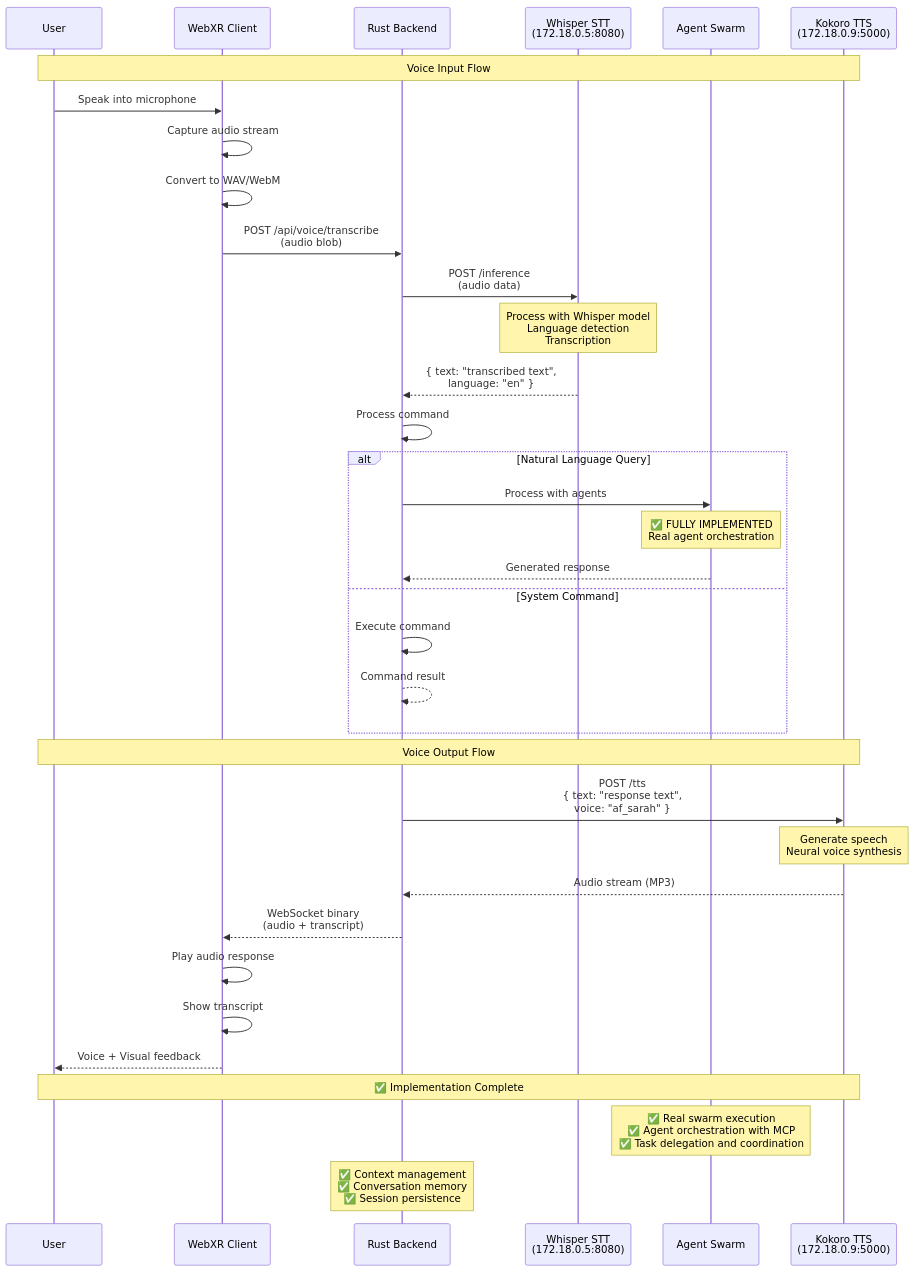
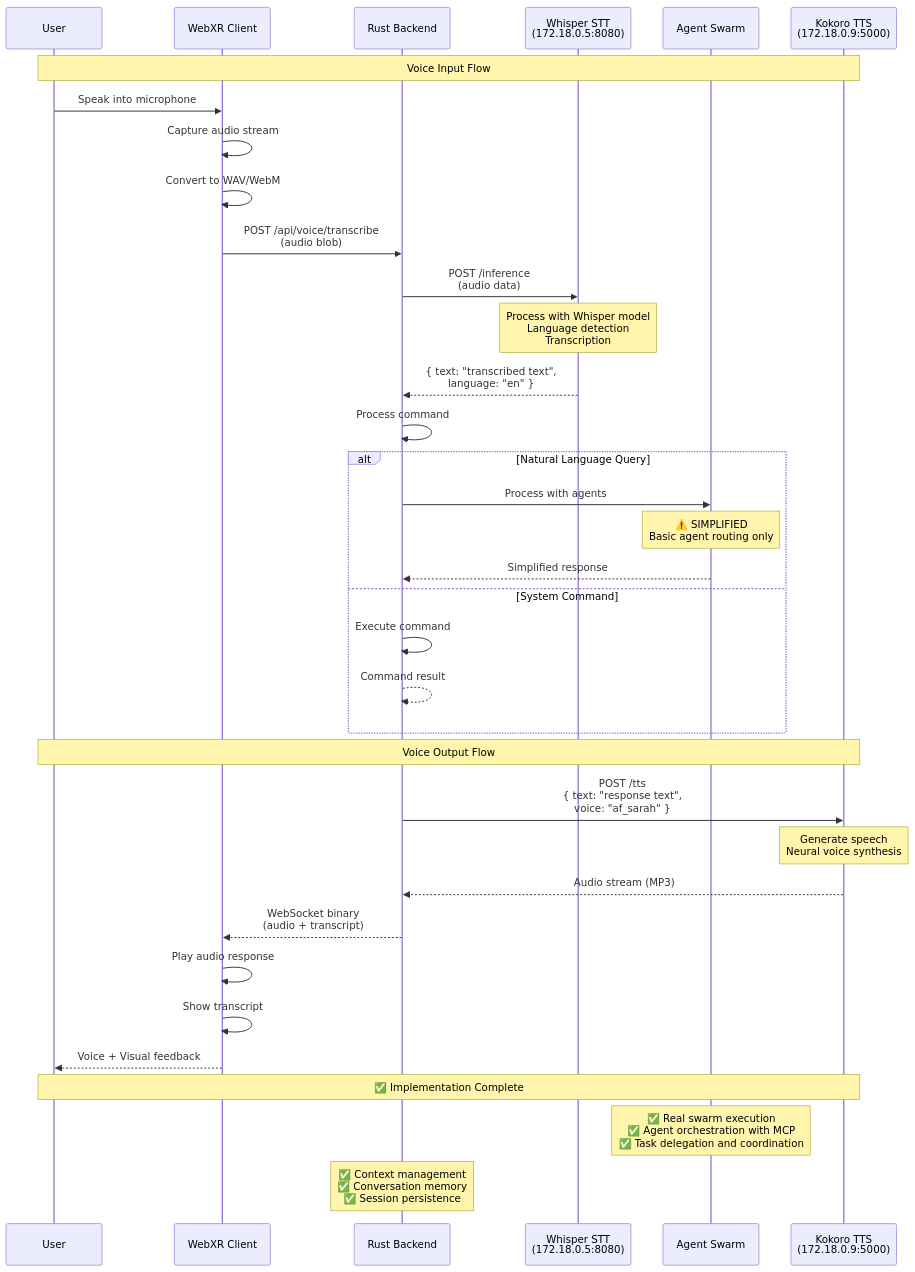
One commit to DreamLab-AI/VisionFlow changed diagram 13 of 26 in docs/high-level.md. Above: the diagram before and after it, drawn with Mermaid. The commit also changed other lines of this file and 33 other files, not shown here.

````diff
--- a/docs/high-level.md
+++ b/docs/high-level.md
@@ -960,48 +960,48 @@
 ```mermaid
 sequenceDiagram
     participant User as User
     participant Client as WebXR Client
     participant Backend as Rust Backend
     participant Whisper as Whisper STT<br/>(172.18.0.5:8080)
     participant Swarm as Agent Swarm
     participant Kokoro as Kokoro TTS<br/>(172.18.0.9:5000)
 
     Note over User,Kokoro: Voice Input Flow
 
     User->>Client: Speak into microphone
     Client->>Client: Capture audio stream
     Client->>Client: Convert to WAV/WebM
     Client->>Backend: POST /api/voice/transcribe<br/>(audio blob)
 
     Backend->>Whisper: POST /inference<br/>(audio data)
     Note over Whisper: Process with Whisper model<br/>Language detection<br/>Transcription
     Whisper-->>Backend: { text: "transcribed text",<br/>  language: "en" }
 
     Backend->>Backend: Process command
 
     alt Natural Language Query
         Backend->>Swarm: Process with agents
-        Note over Swarm: ✅ FULLY IMPLEMENTED<br/>Real agent orchestration
-        Swarm-->>Backend: Generated response
+        Note over Swarm: ⚠️ SIMPLIFIED<br/>Basic agent routing only
+        Swarm-->>Backend: Simplified response
     else System Command
         Backend->>Backend: Execute command
         Backend-->>Backend: Command result
     end
 
     Note over User,Kokoro: Voice Output Flow
 
     Backend->>Kokoro: POST /tts<br/>{ text: "response text",<br/>  voice: "af_sarah" }
     Note over Kokoro: Generate speech<br/>Neural voice synthesis
     Kokoro-->>Backend: Audio stream (MP3)
 
     Backend-->>Client: WebSocket binary<br/>(audio + transcript)
     Client->>Client: Play audio response
     Client->>Client: Show transcript
     Client-->>User: Voice + Visual feedback
 
     Note over User,Kokoro: ✅ Implementation Complete
 
     Note over Swarm: ✅ Real swarm execution<br/>✅ Agent orchestration with MCP<br/>✅ Task delegation and coordination
 
     Note over Backend: ✅ Context management<br/>✅ Conversation memory<br/>✅ Session persistence
 ```
````
